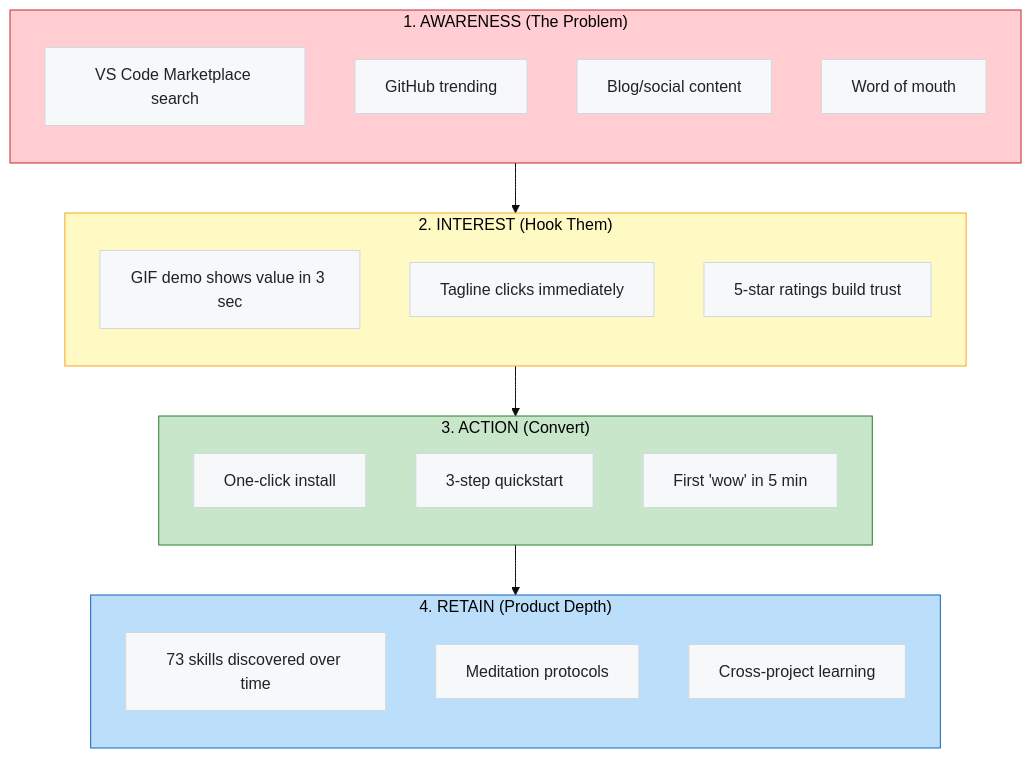
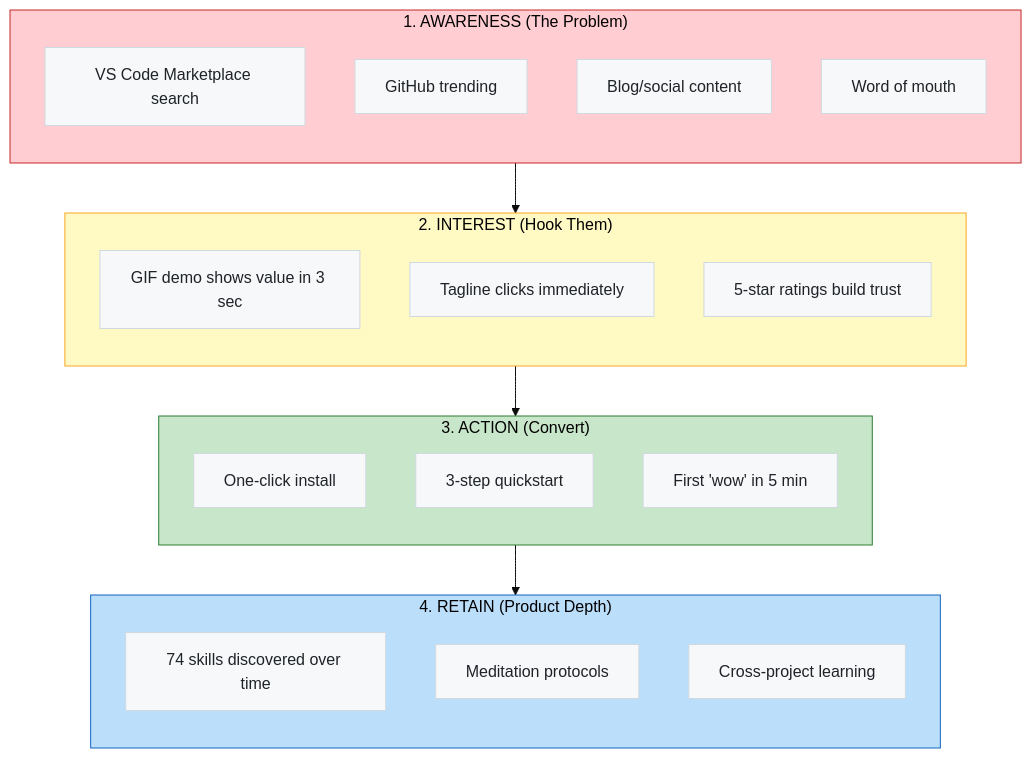
One commit to fabioc-aloha/Alex_Plug_In changed the second of 10 diagrams in alex_docs/research/COMPETITIVE-ANALYSIS-NEW.md. Above: the diagram before and after it, drawn with Mermaid. The commit also changed other lines of this file and 22 other files, not shown here.

````diff
--- a/alex_docs/research/COMPETITIVE-ANALYSIS-NEW.md
+++ b/alex_docs/research/COMPETITIVE-ANALYSIS-NEW.md
@@ -130,39 +130,39 @@
 ```mermaid
 %%{init: {'theme': 'base', 'themeVariables': { 'primaryColor': '#f6f8fa', 'primaryTextColor': '#1f2328', 'primaryBorderColor': '#d1d9e0'}}}%%
 flowchart TD
     subgraph AWARE["1. AWARENESS (The Problem)"]
         direction TB
         A1["VS Code Marketplace search"]
         A2["GitHub trending"]
         A3["Blog/social content"]
         A4["Word of mouth"]
     end
 
     subgraph INTEREST["2. INTEREST (Hook Them)"]
         direction TB
         I1["GIF demo shows value in 3 sec"]
         I2["Tagline clicks immediately"]
         I3["5-star ratings build trust"]
     end
 
     subgraph ACTION["3. ACTION (Convert)"]
         direction TB
         AC1["One-click install"]
         AC2["3-step quickstart"]
         AC3["First 'wow' in 5 min"]
     end
 
     subgraph RETAIN["4. RETAIN (Product Depth)"]
         direction TB
-        R1["73 skills discovered over time"]
+        R1["74 skills discovered over time"]
         R2["Meditation protocols"]
         R3["Cross-project learning"]
     end
 
     AWARE --> INTEREST --> ACTION --> RETAIN
 
     style AWARE fill:#ffcdd2,stroke:#c62828
     style INTEREST fill:#fff9c4,stroke:#f9a825
     style ACTION fill:#c8e6c9,stroke:#2e7d32
     style RETAIN fill:#bbdefb,stroke:#1565c0
 ```
````
